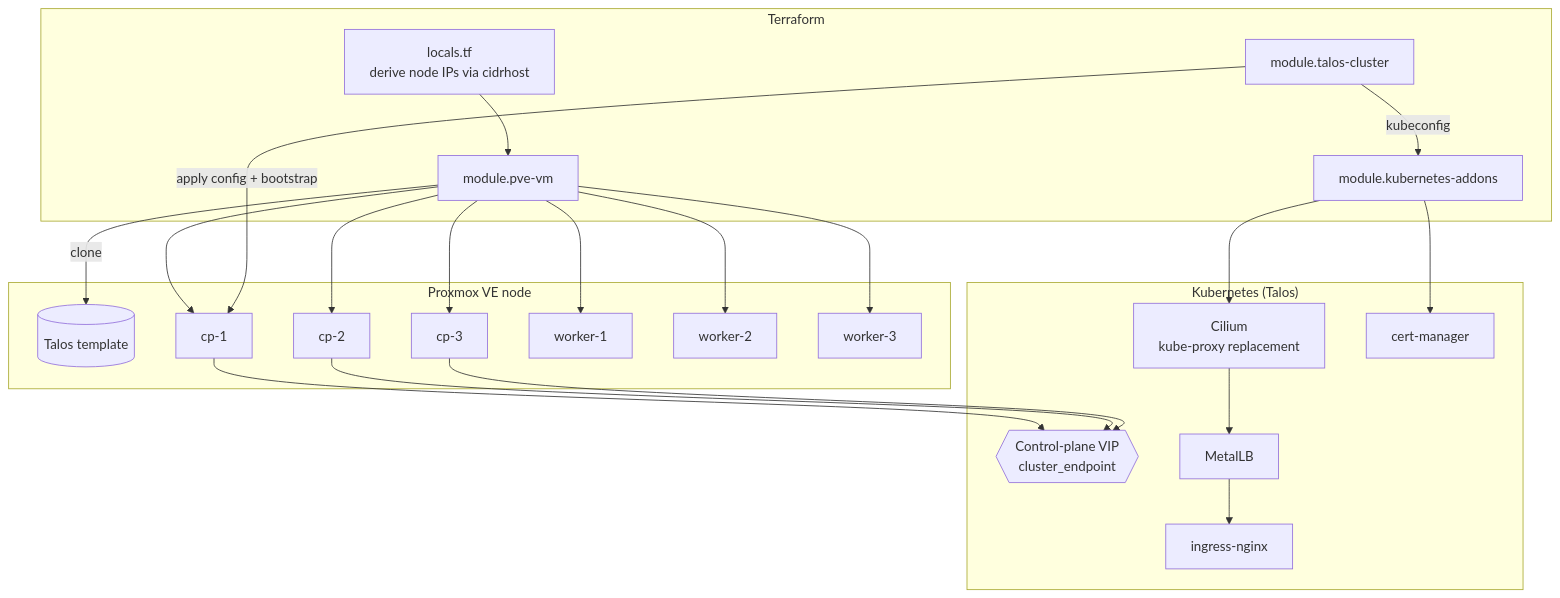
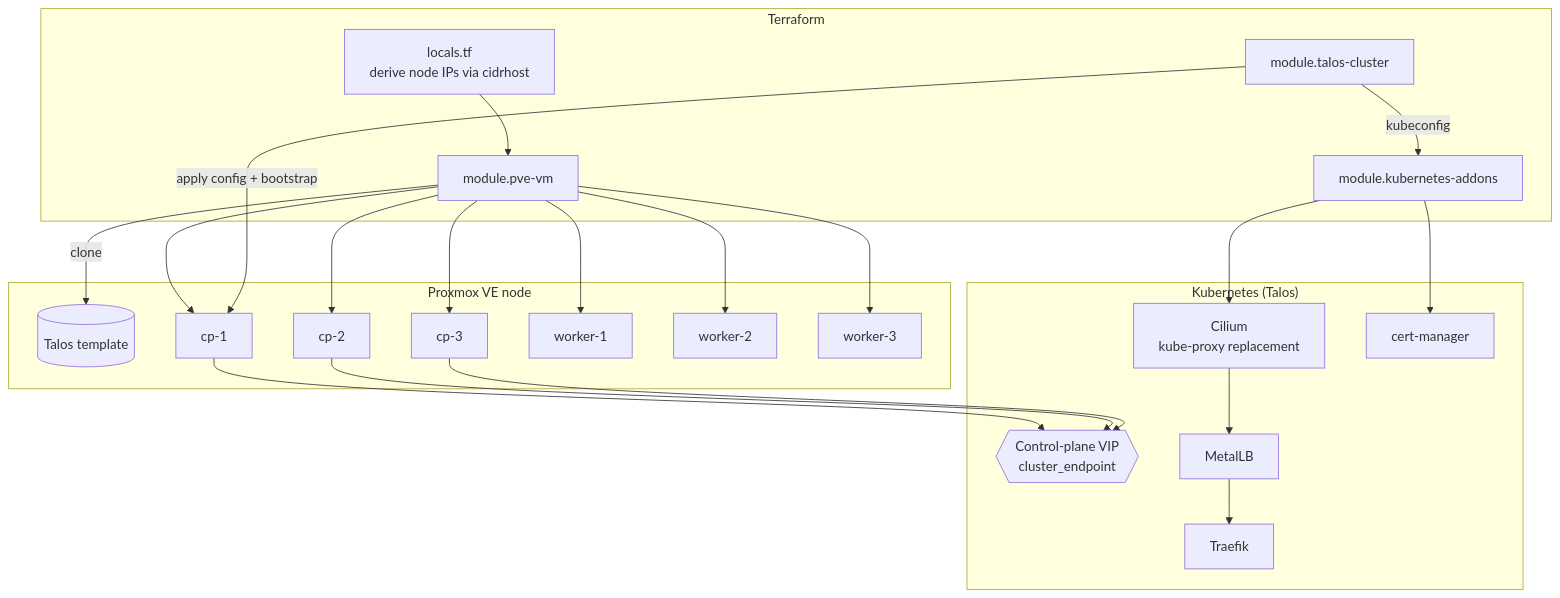
The diagram in README.md (sm-creative-hrzl/terraform-pve-talos-kubernetes), drawn with Mermaid before and after one commit. The commit also changed other lines of this file and 8 other files, not shown here.

First line of the commit message:
Replace EOL ingress-nginx with Traefik; add input.tfvars template

````diff
--- a/README.md
+++ b/README.md
@@ -21,36 +21,36 @@
 ```mermaid
 flowchart TD
     subgraph TF["Terraform"]
         L[locals.tf<br/>derive node IPs via cidrhost]
         M1[module.pve-vm]
         M2[module.talos-cluster]
         M3[module.kubernetes-addons]
     end
 
     subgraph PVE["Proxmox VE node"]
         T[(Talos template)]
         CP1[cp-1]
         CP2[cp-2]
         CP3[cp-3]
         W1[worker-1]
         W2[worker-2]
         W3[worker-3]
     end
 
     subgraph K8S["Kubernetes (Talos)"]
         VIP{{Control-plane VIP<br/>cluster_endpoint}}
         CNI[Cilium<br/>kube-proxy replacement]
         LB[MetalLB]
-        ING[ingress-nginx]
+        ING[Traefik]
         CM[cert-manager]
     end
 
     L --> M1
     M1 -->|clone| T
     M1 --> CP1 & CP2 & CP3 & W1 & W2 & W3
     M2 -->|apply config + bootstrap| CP1
     CP1 & CP2 & CP3 --> VIP
     M2 -->|kubeconfig| M3
     M3 --> CNI --> LB --> ING
     M3 --> CM
 ```
````
